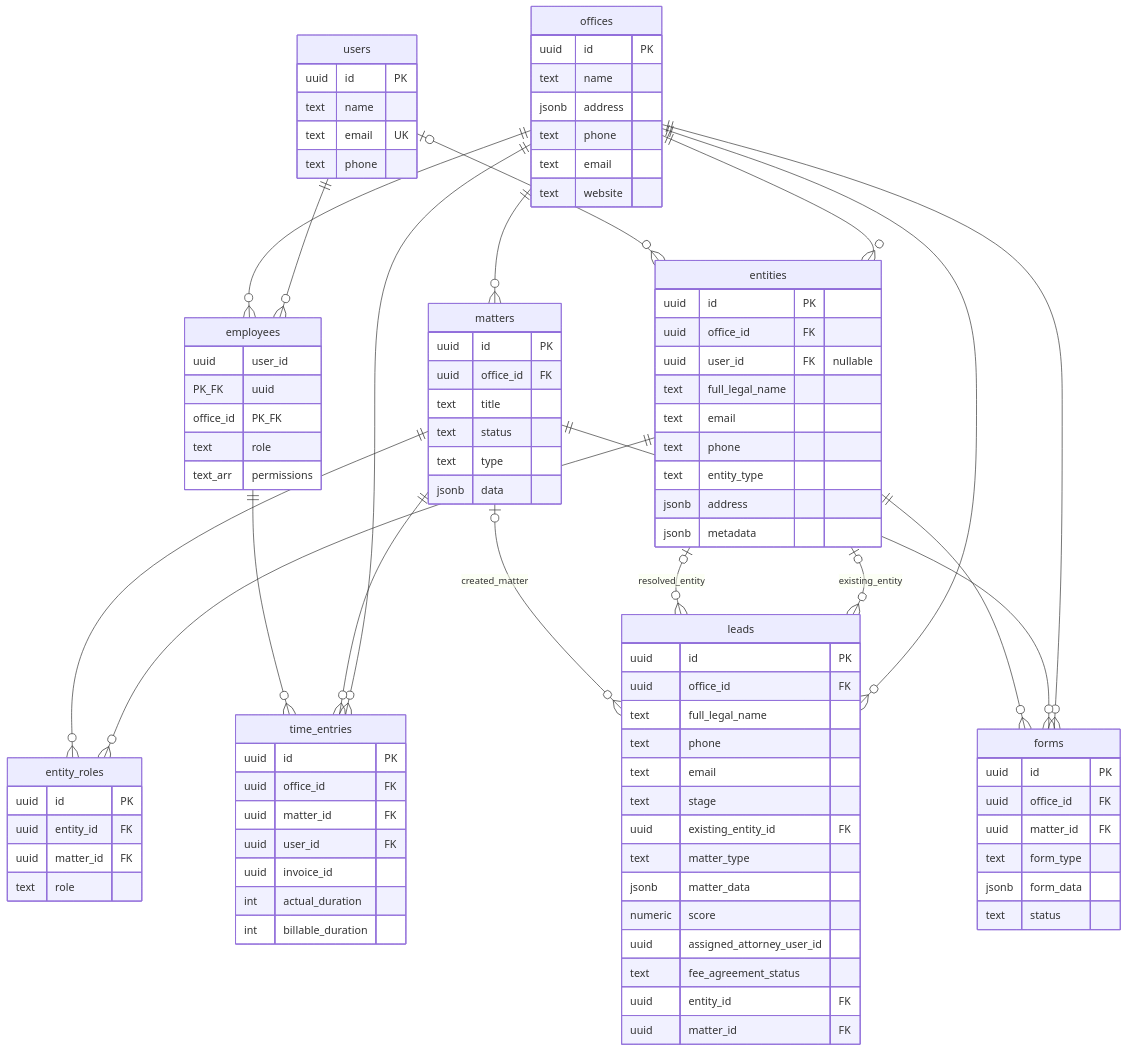
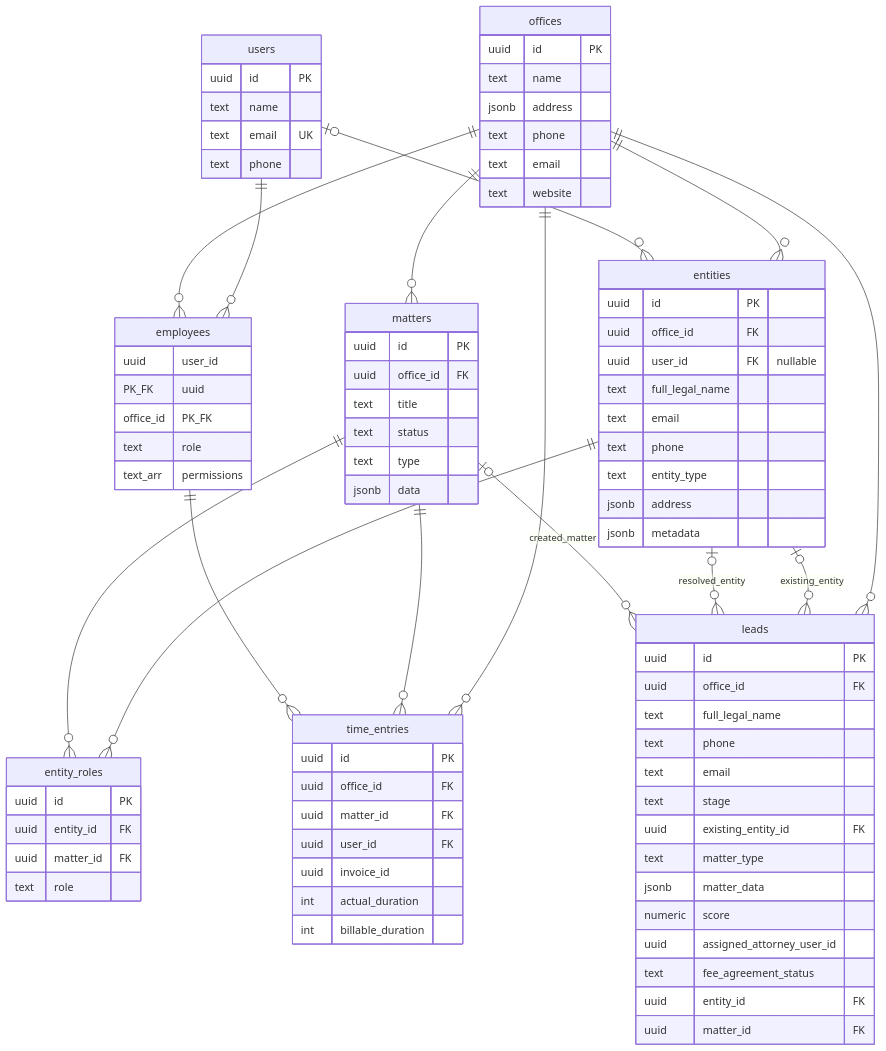
The second of 5 diagrams in _docs/TECHNICAL_OVERVIEW.md (makaseconcierge/makase-law), drawn with Mermaid before and after one commit. The commit also changed other lines of this file and 24 other files, not shown here.

Commit message:
finally think im done with this core schema

```diff
--- a/_docs/TECHNICAL_OVERVIEW.md
+++ b/_docs/TECHNICAL_OVERVIEW.md
@@ -136,28 +136,16 @@
         int actual_duration
         int billable_duration
     }
-    forms {
-        uuid id PK
-        uuid office_id FK
-        uuid matter_id FK
-        text form_type
-        jsonb form_data
-        text status
-    }
-
     users ||--o{ employees : ""
     offices ||--o{ employees : ""
     offices ||--o{ entities : ""
     offices ||--o{ matters : ""
     offices ||--o{ leads : ""
     offices ||--o{ time_entries : ""
-    offices ||--o{ forms : ""
     users |o--o{ entities : ""
     entities ||--o{ entity_roles : ""
     matters ||--o{ entity_roles : ""
     matters ||--o{ time_entries : ""
-    matters ||--o{ forms : ""
-    entities ||--o{ forms : ""
     entities |o--o{ leads : "existing_entity"
     entities |o--o{ leads : "resolved_entity"
     matters |o--o{ leads : "created_matter"
```
